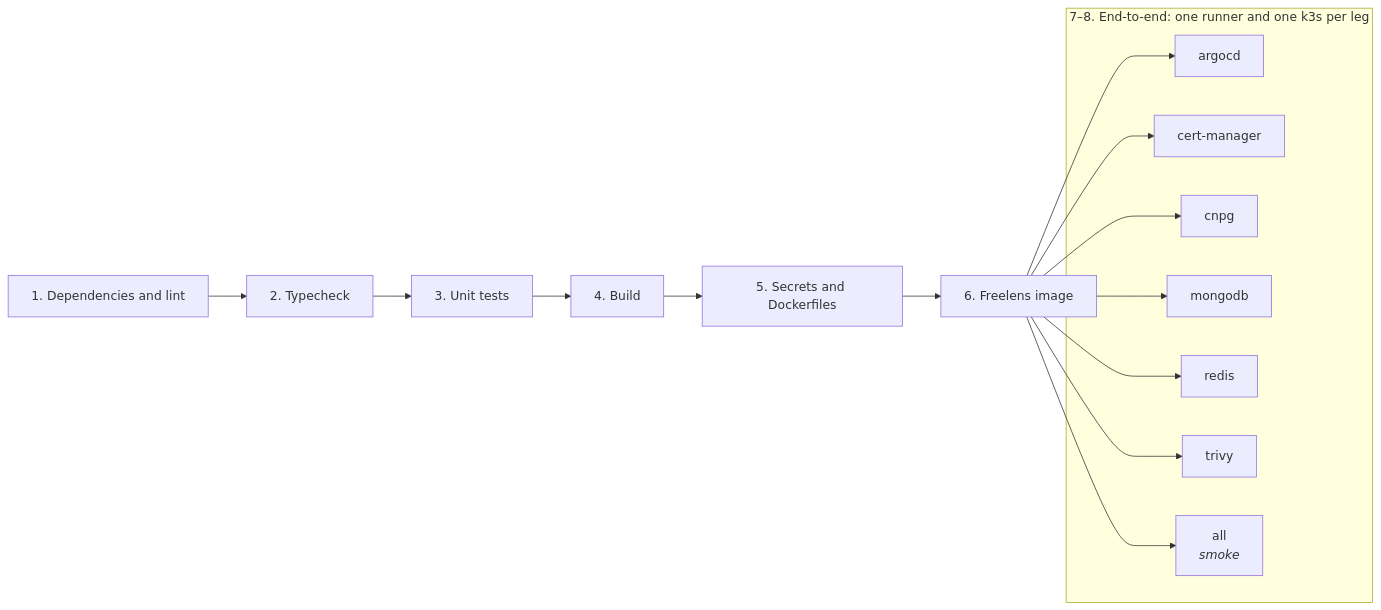
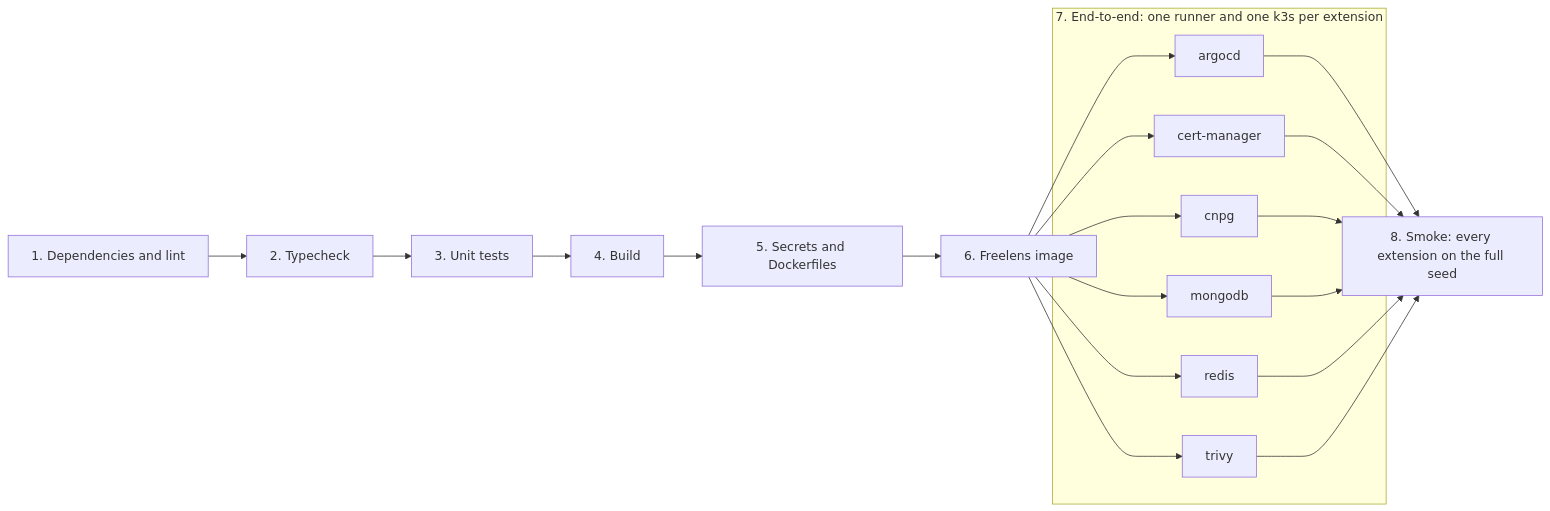
One commit to DiegoBulhoes/freelens-addons changed the second of 2 diagrams in docs/testing.md. Above: the diagram before and after it, drawn with Mermaid. The commit also changed other lines of this file and 5 other files, not shown here.

````diff
--- a/docs/testing.md
+++ b/docs/testing.md
@@ -159,15 +159,15 @@
 ```mermaid
 flowchart LR
   L["1. Dependencies and lint"] --> T["2. Typecheck"] --> U["3. Unit tests"] --> B["4. Build"]
   B --> S["5. Secrets and Dockerfiles"] --> I["6. Freelens image"]
-  subgraph E["7–8. End-to-end: one runner and one k3s per leg"]
+  subgraph E["7. End-to-end: one runner and one k3s per extension"]
     A["argocd"]
     C["cert-manager"]
     N["cnpg"]
     M["mongodb"]
     R["redis"]
     V["trivy"]
-    X["all<br/><i>smoke</i>"]
   end
-  I --> A & C & N & M & R & V & X
+  I --> A & C & N & M & R & V
+  A & C & N & M & R & V --> X["8. Smoke: every extension on the full seed"]
 ```
````
